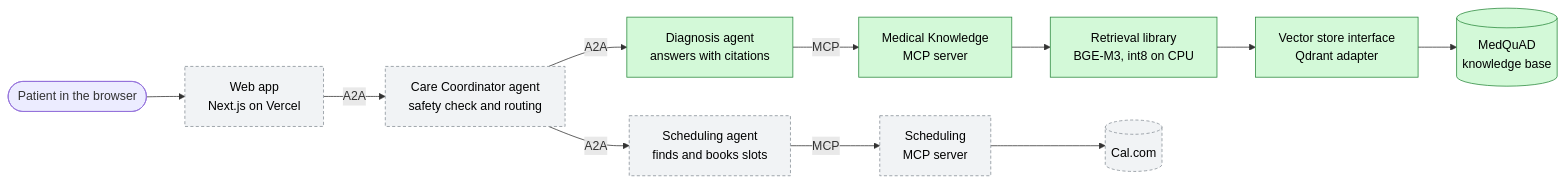
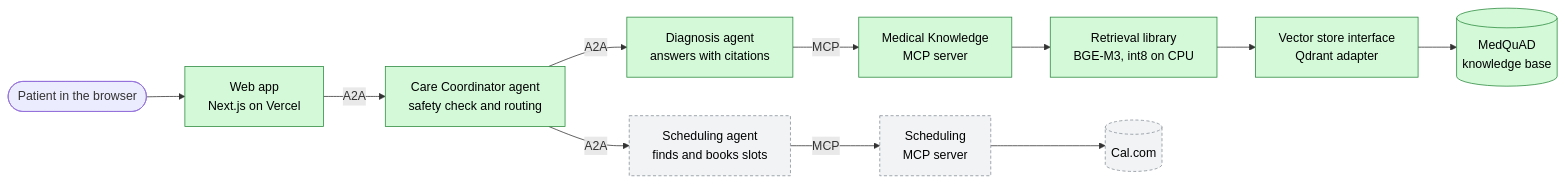
Before and after one commit to BijanProjects/RAGMed: the first of 7 diagrams in README.md, drawn with Mermaid. The commit also changed other lines of this file and 25 other files, not shown here.

````diff
--- a/README.md
+++ b/README.md
@@ -47,25 +58,25 @@
 ```mermaid
 flowchart LR
     user([Patient in the browser])
     web["Web app<br/>Next.js on Vercel"]
     coord["Care Coordinator agent<br/>safety check and routing"]
     diag["Diagnosis agent<br/>answers with citations"]
     sched["Scheduling agent<br/>finds and books slots"]
     mcpmed["Medical Knowledge<br/>MCP server"]
     mcpcal["Scheduling<br/>MCP server"]
     retr["Retrieval library<br/>BGE-M3, int8 on CPU"]
     vs["Vector store interface<br/>Qdrant adapter"]
     kb[("MedQuAD<br/>knowledge base")]
     cal[("Cal.com")]
 
     user --> web -->|A2A| coord
     coord -->|A2A| diag
     coord -->|A2A| sched
     diag -->|MCP| mcpmed --> retr --> vs --> kb
     sched -->|MCP| mcpcal --> cal
 
     classDef done fill:#d3f9d8,stroke:#2b8a3e,color:#000
     classDef planned fill:#f1f3f5,stroke:#868e96,color:#000,stroke-dasharray: 4 3
-    class diag,mcpmed,retr,vs,kb done
-    class web,coord,sched,mcpcal,cal planned
+    class web,coord,diag,mcpmed,retr,vs,kb done
+    class sched,mcpcal,cal planned
 ```
````
